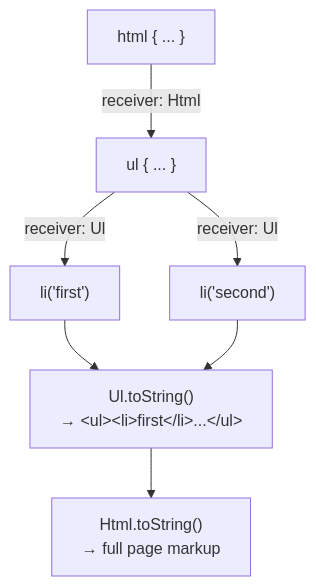
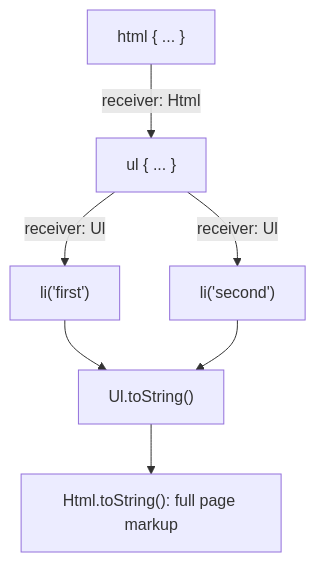
Before and after one commit to albertoirurueta/docs: the first of 2 diagrams in modules/ROOT/pages/programming-languages/kotlin/type-safe-builders-and-dsls.adoc, drawn with Mermaid. The commit also changed other lines of this file and 6182 other files, not shown here.

```diff
--- a/modules/ROOT/pages/programming-languages/kotlin/type-safe-builders-and-dsls.adoc
+++ b/modules/ROOT/pages/programming-languages/kotlin/type-safe-builders-and-dsls.adoc
@@ -81,10 +116,10 @@
 [mermaid]
 ....
 flowchart TD
     A["html { ... }"] -->|receiver: Html| B["ul { ... }"]
     B -->|receiver: Ul| C["li('first')"]
     B -->|receiver: Ul| D["li('second')"]
-    C --> E["Ul.toString()\n→ &lt;ul&gt;&lt;li&gt;first&lt;/li&gt;...&lt;/ul&gt;"]
+    C --> E["Ul.toString()"]
     D --> E
-    E --> F["Html.toString()\n→ full page markup"]
+    E --> F["Html.toString(): full page markup"]
 ....
```
